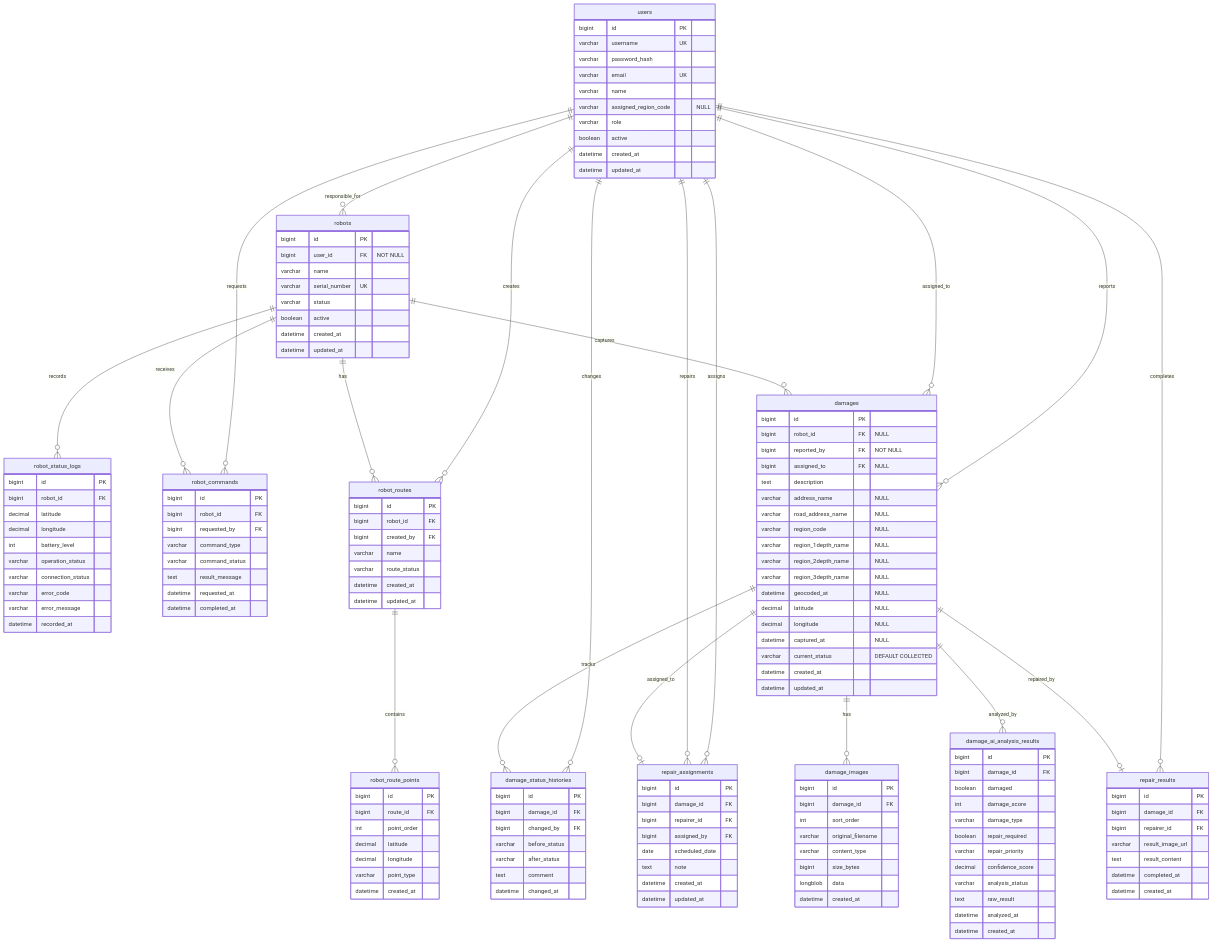
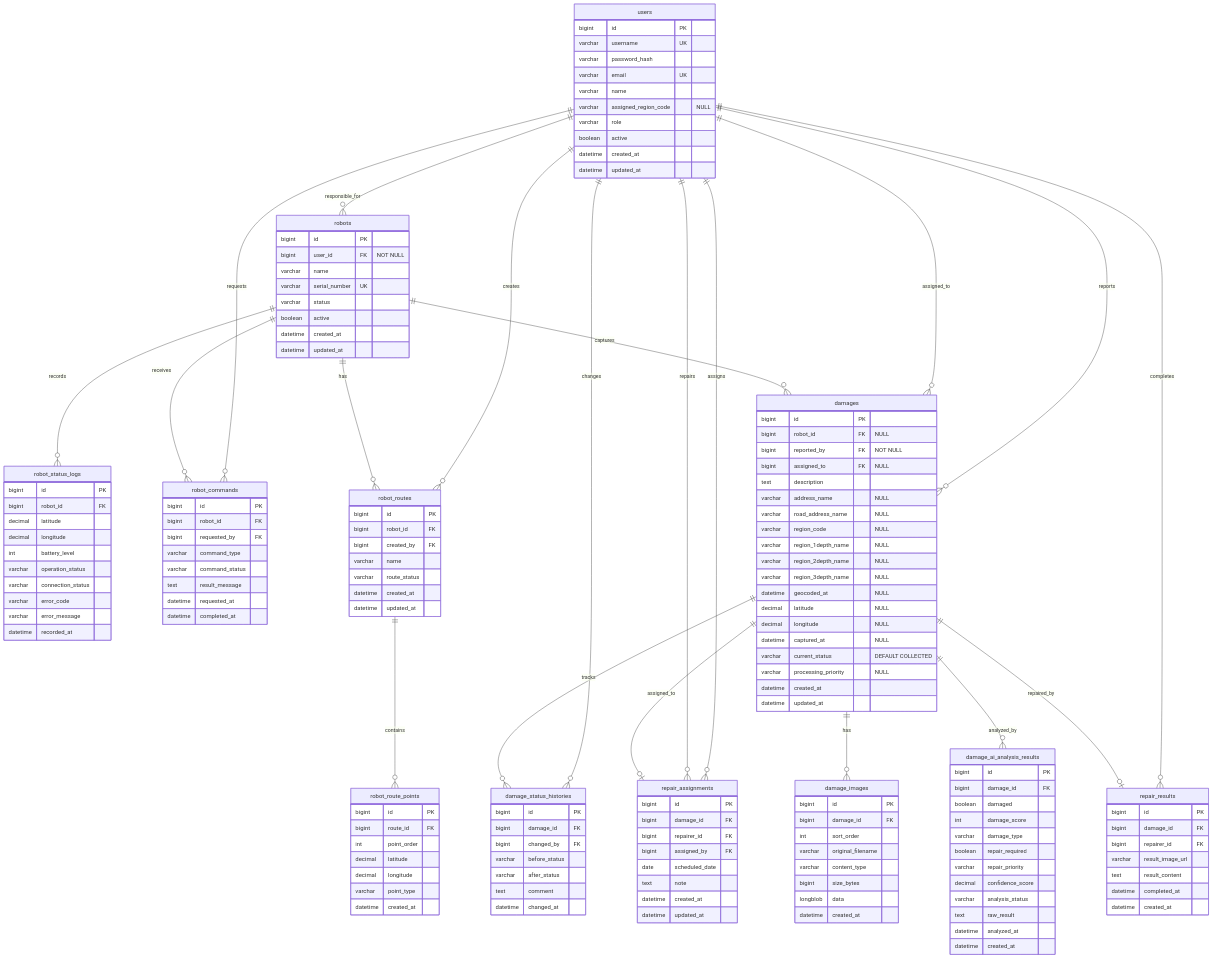
Before and after one commit to kky107102/Roady: the diagram in Roady_BE/docs/erd.md, drawn with Mermaid. The commit also changed other lines of this file and 20 other files, not shown here.

```diff
--- a/Roady_BE/docs/erd.md
+++ b/Roady_BE/docs/erd.md
@@ -131,6 +131,7 @@
         decimal longitude "NULL"
         datetime captured_at "NULL"
         varchar current_status "DEFAULT COLLECTED"
+        varchar processing_priority "NULL"
         datetime created_at
         datetime updated_at
     }
```
